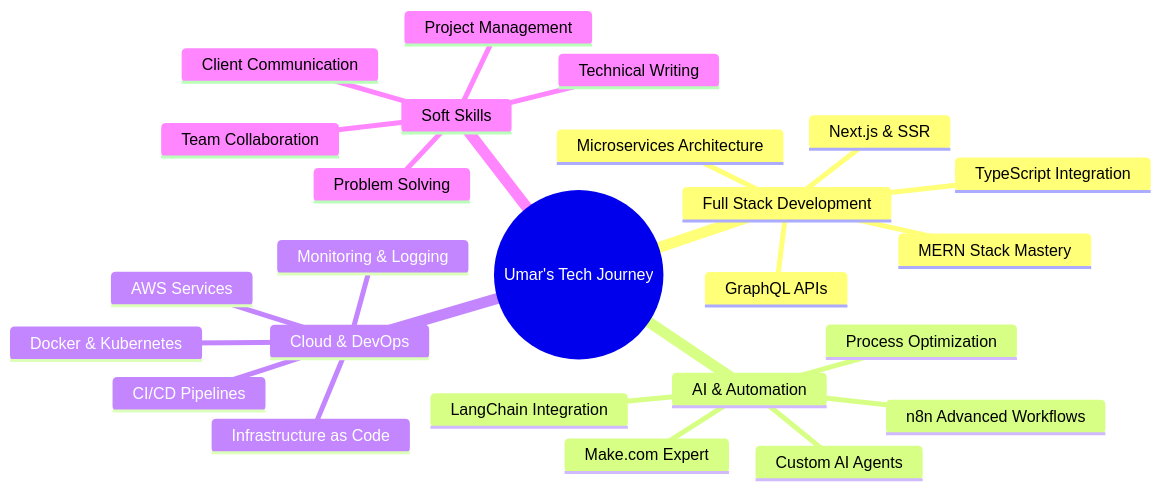
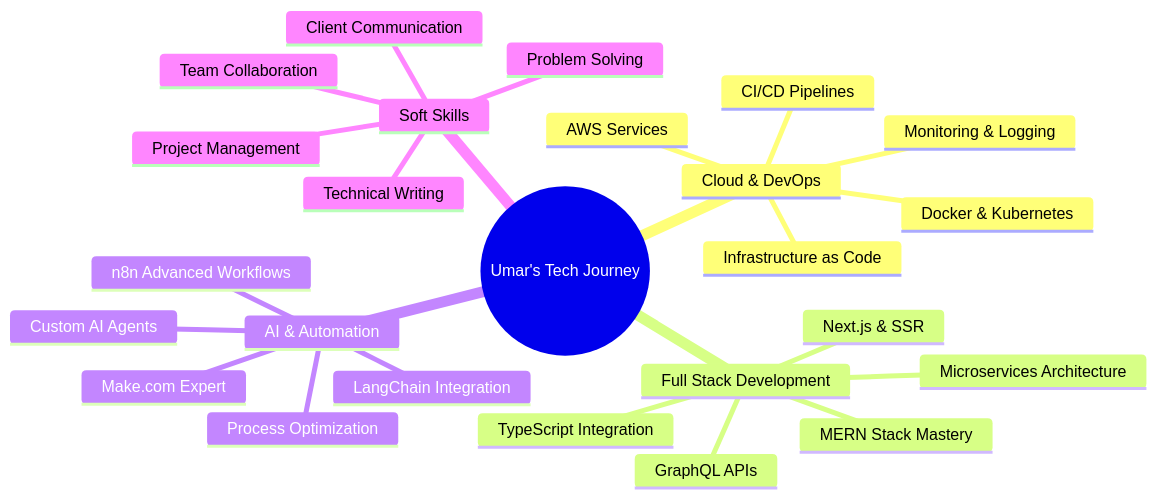
Before and after one commit to UmarFarooq-Web/UmarFarooq-Web: the diagram in README.md, drawn with Mermaid. The commit also changed other lines of this file, not shown here.

````diff
--- a/README.md
+++ b/README.md
@@ -149,28 +89,28 @@
 ```mermaid
 mindmap
   root((Umar's Tech Journey))
+    Cloud & DevOps
+      AWS Services
+      Docker & Kubernetes
+      CI/CD Pipelines
+      Infrastructure as Code
+      Monitoring & Logging
     Full Stack Development
       MERN Stack Mastery
       Next.js & SSR
       TypeScript Integration
       GraphQL APIs
       Microservices Architecture
     AI & Automation
       n8n Advanced Workflows
       Make.com Expert
       LangChain Integration
       Custom AI Agents
       Process Optimization
-    Cloud & DevOps
-      AWS Services
-      Docker & Kubernetes
-      CI/CD Pipelines
-      Infrastructure as Code
-      Monitoring & Logging
     Soft Skills
       Project Management
       Team Collaboration
       Technical Writing
       Client Communication
       Problem Solving
 ```
````
